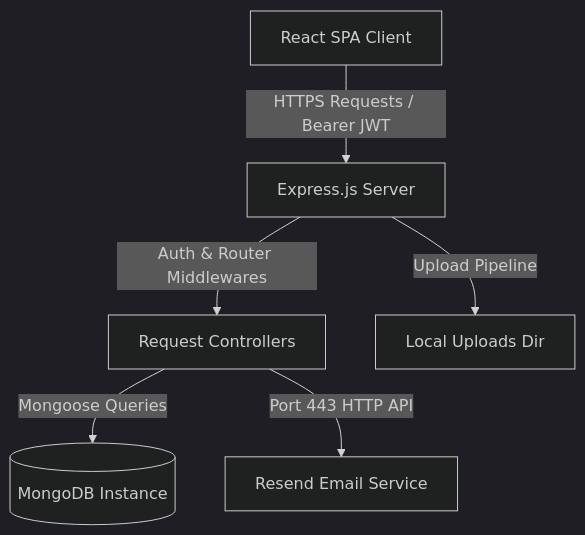
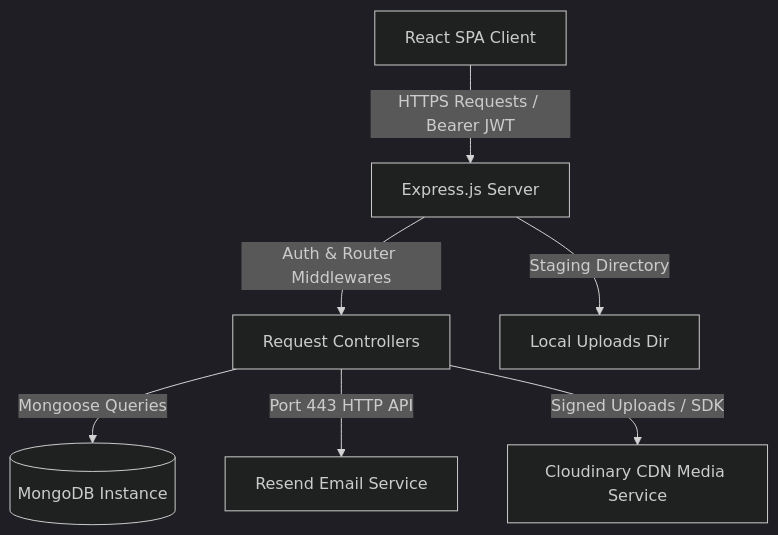
The first of 2 diagrams in system_documentation.md (AhsanFayyaz13/MedEasy), drawn with Mermaid (dark theme) before and after one commit. The commit also changed other lines of this file and 1 other file, not shown here.

Commit message:
Update README and system documentation with Cloudinary and Team details

````diff
--- a/system_documentation.md
+++ b/system_documentation.md
@@ -25,8 +26,9 @@
 ```mermaid
 graph TD
     Client[React SPA Client] -->|HTTPS Requests / Bearer JWT| Express[Express.js Server]
     Express -->|Auth & Router Middlewares| Controllers[Request Controllers]
     Controllers -->|Mongoose Queries| Mongo[(MongoDB Instance)]
     Controllers -->|Port 443 HTTP API| Resend[Resend Email Service]
-    Express -->|Upload Pipeline| FS[Local Uploads Dir]
+    Controllers -->|Signed Uploads / SDK| Cloudinary[Cloudinary CDN Media Service]
+    Express -->|Staging Directory| FS[Local Uploads Dir]
 ```
````
